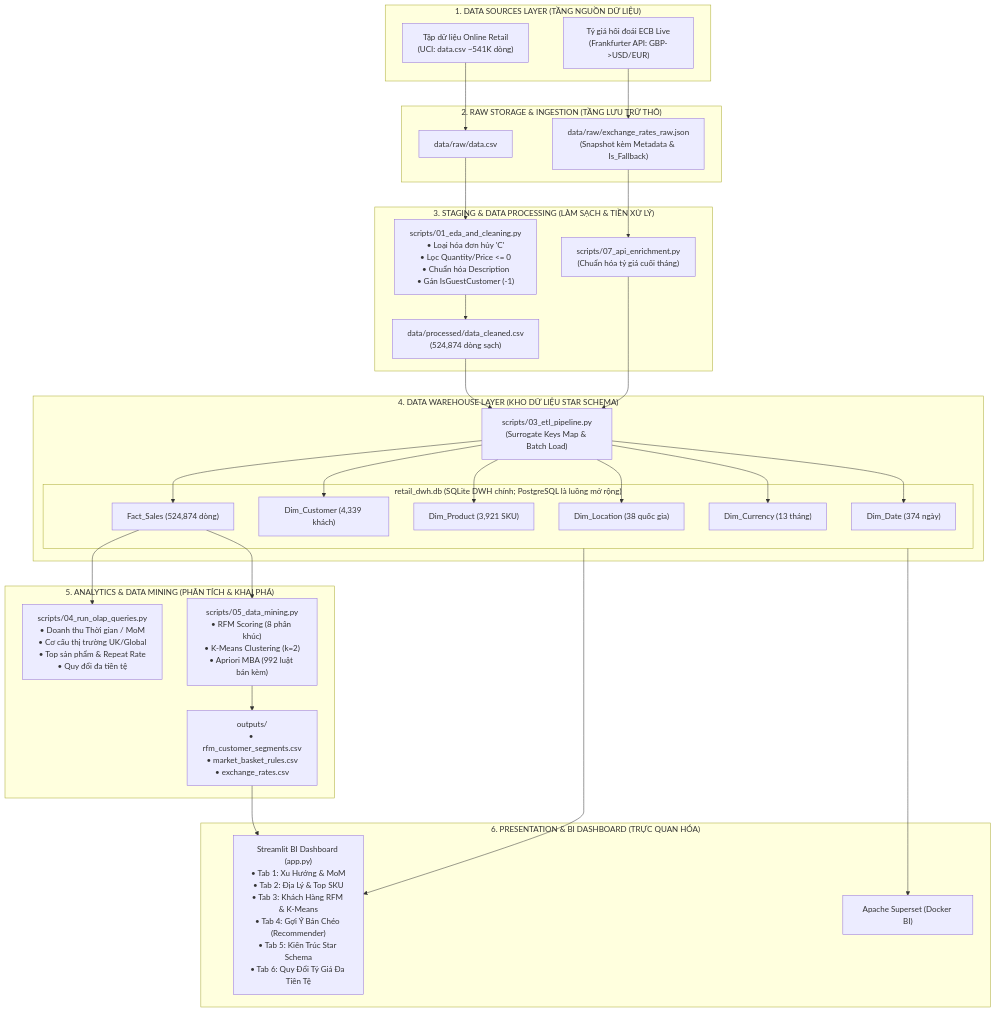
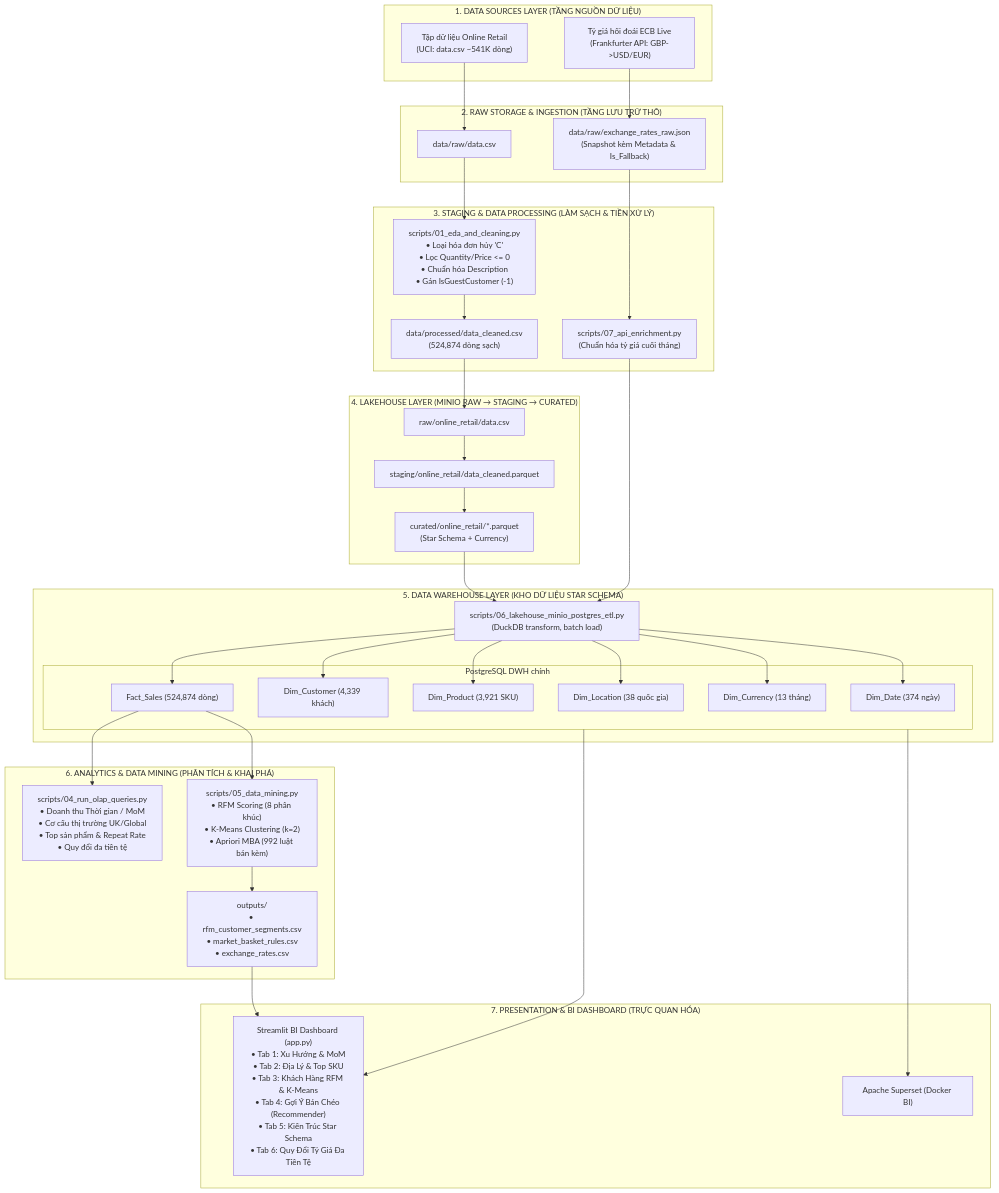
The diagram in BAO_CAO_DO_AN.md (HuyNV-1405/BTL_kho_va_khai_pha_H-T), drawn with Mermaid before and after one commit. The commit also changed other lines of this file and 9 other files, not shown here.

````diff
--- a/BAO_CAO_DO_AN.md
+++ b/BAO_CAO_DO_AN.md
@@ -65,55 +65,62 @@
 ```mermaid
 flowchart TD
     subgraph SOURCELAYER ["1. DATA SOURCES LAYER (TẦNG NGUỒN DỮ LIỆU)"]
         S1["Tập dữ liệu Online Retail<br/>(UCI: data.csv ~541K dòng)"]
         S2["Tỷ giá hối đoái ECB Live<br/>(Frankfurter API: GBP->USD/EUR)"]
     end
 
     subgraph RAWLAYER ["2. RAW STORAGE & INGESTION (TẦNG LƯU TRỮ THÔ)"]
         R1["data/raw/data.csv"]
         R2["data/raw/exchange_rates_raw.json<br/>(Snapshot kèm Metadata & Is_Fallback)"]
     end
 
     subgraph STAGING ["3. STAGING & DATA PROCESSING (LÀM SẠCH & TIỀN XỬ LÝ)"]
         CL["scripts/01_eda_and_cleaning.py<br/>• Loại hóa đơn hủy 'C'<br/>• Lọc Quantity/Price <= 0<br/>• Chuẩn hóa Description<br/>• Gán IsGuestCustomer (-1)"]
         CLEAN_CSV["data/processed/data_cleaned.csv<br/>(524,874 dòng sạch)"]
         CR["scripts/07_api_enrichment.py<br/>(Chuẩn hóa tỷ giá cuối tháng)"]
     end
 
-    subgraph DWHLAYER ["4. DATA WAREHOUSE LAYER (KHO DỮ LIỆU STAR SCHEMA)"]
-        ETL["scripts/03_etl_pipeline.py<br/>(Surrogate Keys Map & Batch Load)"]
-        subgraph DWH ["retail_dwh.db (SQLite DWH chính; PostgreSQL là luồng mở rộng)"]
+    subgraph LAKEHOUSE ["4. LAKEHOUSE LAYER (MINIO RAW → STAGING → CURATED)"]
+        LAKE_RAW["raw/online_retail/data.csv"]
+        LAKE_STAGING["staging/online_retail/data_cleaned.parquet"]
+        LAKE_CURATED["curated/online_retail/*.parquet<br/>(Star Schema + Currency)"]
+        LAKE_RAW --> LAKE_STAGING --> LAKE_CURATED
+    end
+    subgraph DWHLAYER ["5. DATA WAREHOUSE LAYER (KHO DỮ LIỆU STAR SCHEMA)"]
+        ETL["scripts/06_lakehouse_minio_postgres_etl.py<br/>(DuckDB transform, batch load)"]
+        subgraph DWH ["PostgreSQL DWH chính"]
             DD["Dim_Date (374 ngày)"]
             DC["Dim_Customer (4,339 khách)"]
             DP["Dim_Product (3,921 SKU)"]
             DL["Dim_Location (38 quốc gia)"]
             DCUR["Dim_Currency (13 tháng)"]
             FS["Fact_Sales (524,874 dòng)"]
         end
     end
 
-    subgraph ANALYTICS ["5. ANALYTICS & DATA MINING (PHÂN TÍCH & KHAI PHÁ)"]
+    subgraph ANALYTICS ["6. ANALYTICS & DATA MINING (PHÂN TÍCH & KHAI PHÁ)"]
         OLAP["scripts/04_run_olap_queries.py<br/>• Doanh thu Thời gian / MoM<br/>• Cơ cấu thị trường UK/Global<br/>• Top sản phẩm & Repeat Rate<br/>• Quy đổi đa tiền tệ"]
         MINING["scripts/05_data_mining.py<br/>• RFM Scoring (8 phân khúc)<br/>• K-Means Clustering (k=2)<br/>• Apriori MBA (992 luật bán kèm)"]
         OUT["outputs/<br/>• rfm_customer_segments.csv<br/>• market_basket_rules.csv<br/>• exchange_rates.csv"]
     end
 
-    subgraph PRESENTATION ["6. PRESENTATION & BI DASHBOARD (TRỰC QUAN HÓA)"]
+    subgraph PRESENTATION ["7. PRESENTATION & BI DASHBOARD (TRỰC QUAN HÓA)"]
         ST["Streamlit BI Dashboard (app.py)<br/>• Tab 1: Xu Hướng & MoM<br/>• Tab 2: Địa Lý & Top SKU<br/>• Tab 3: Khách Hàng RFM & K-Means<br/>• Tab 4: Gợi Ý Bán Chéo (Recommender)<br/>• Tab 5: Kiến Trúc Star Schema<br/>• Tab 6: Quy Đổi Tỷ Giá Đa Tiền Tệ"]
         SUP["Apache Superset (Docker BI)"]
     end
 
     S1 --> R1
     S2 --> R2
     R1 --> CL --> CLEAN_CSV
     R2 --> CR
-    CLEAN_CSV --> ETL
+    CLEAN_CSV --> LAKE_RAW
+    LAKE_CURATED --> ETL
     CR --> ETL
     ETL --> DD & DC & DP & DL & DCUR & FS
     FS --> OLAP
     FS --> MINING
     MINING --> OUT
     DWH --> ST
     OUT --> ST
     DWH --> SUP
 ```
````
